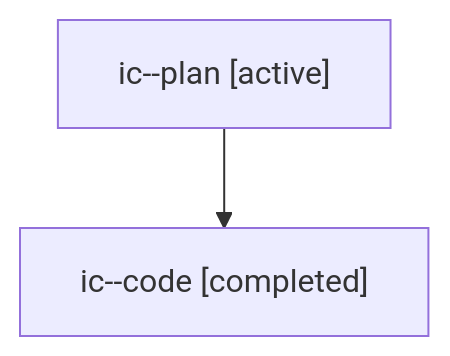
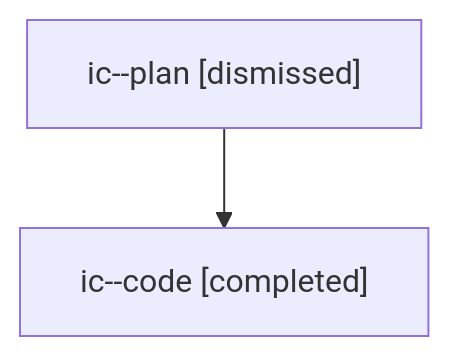
The diagram in sessions/bbugyi200.athena.ic.md (sase-org/sase--agents), drawn with Mermaid before and after one commit. The commit also changed other lines of this file and 33 other files, not shown here.

````diff
--- a/sessions/bbugyi200.athena.ic.md
+++ b/sessions/bbugyi200.athena.ic.md
@@ -9,6 +9,6 @@
 ```mermaid
 flowchart TD
-  n0["ic--plan [active]"]
+  n0["ic--plan [dismissed]"]
   n1["ic--code [completed]"]
   n0 --> n1
 ```
````
